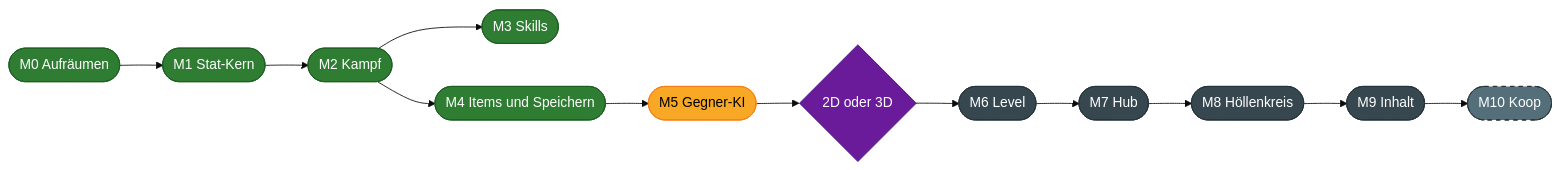
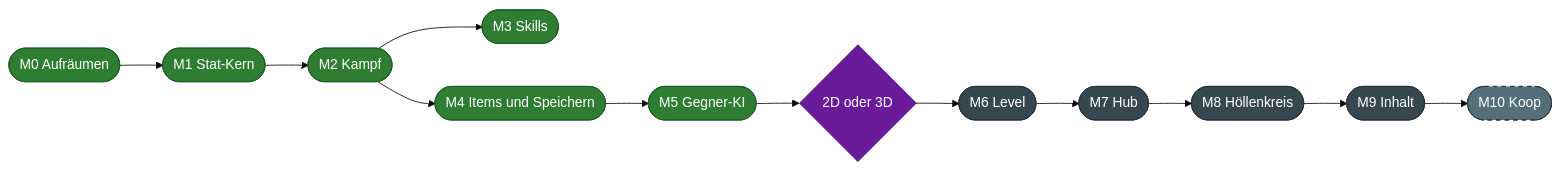
The diagram in README.md (sharedboidev/Hoellenspiralenspiel), drawn with Mermaid (base theme) before and after one commit. The commit also changed other lines of this file and 121 other files, not shown here.

````diff
--- a/README.md
+++ b/README.md
@@ -294,15 +321,15 @@
 ```mermaid
 flowchart LR
     M0(["M0 Aufräumen"]):::done --> M1(["M1 Stat-Kern"]):::done --> M2(["M2 Kampf"]):::done
     M2 --> M3(["M3 Skills"]):::done
     M2 --> M4(["M4 Items und Speichern"]):::done
-    M4 --> M5(["M5 Gegner-KI"]):::next --> D{"2D oder 3D"}:::decision
+    M4 --> M5(["M5 Gegner-KI"]):::done --> D{"2D oder 3D"}:::decision
     D --> M6(["M6 Level"]):::open --> M7(["M7 Hub"]):::open --> M8(["M8 Höllenkreis"]):::open
     M8 --> M9(["M9 Inhalt"]):::open --> M10(["M10 Koop"]):::optional
 
     classDef done fill:#2e7d32,color:#ffffff,stroke:#1b5e20
     classDef next fill:#f9a825,color:#000000,stroke:#f57f17
     classDef open fill:#37474f,color:#ffffff,stroke:#263238
     classDef decision fill:#6a1b9a,color:#ffffff,stroke:#4a148c
     classDef optional fill:#546e7a,color:#ffffff,stroke:#263238,stroke-dasharray: 5 5
 ```
````
